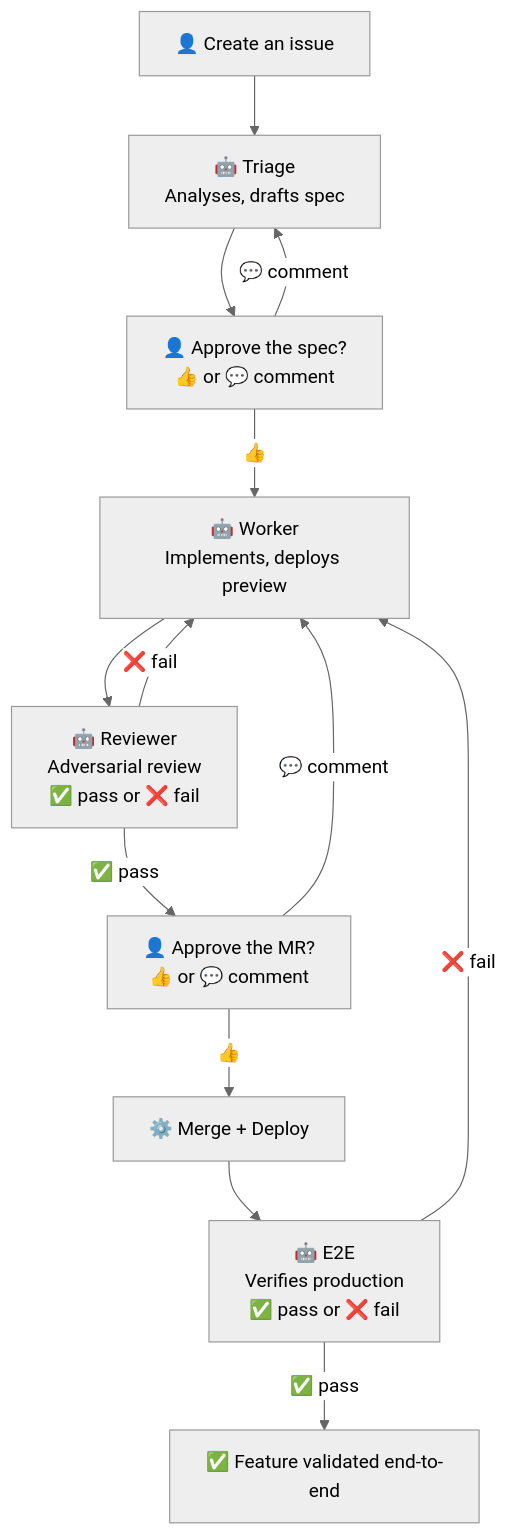
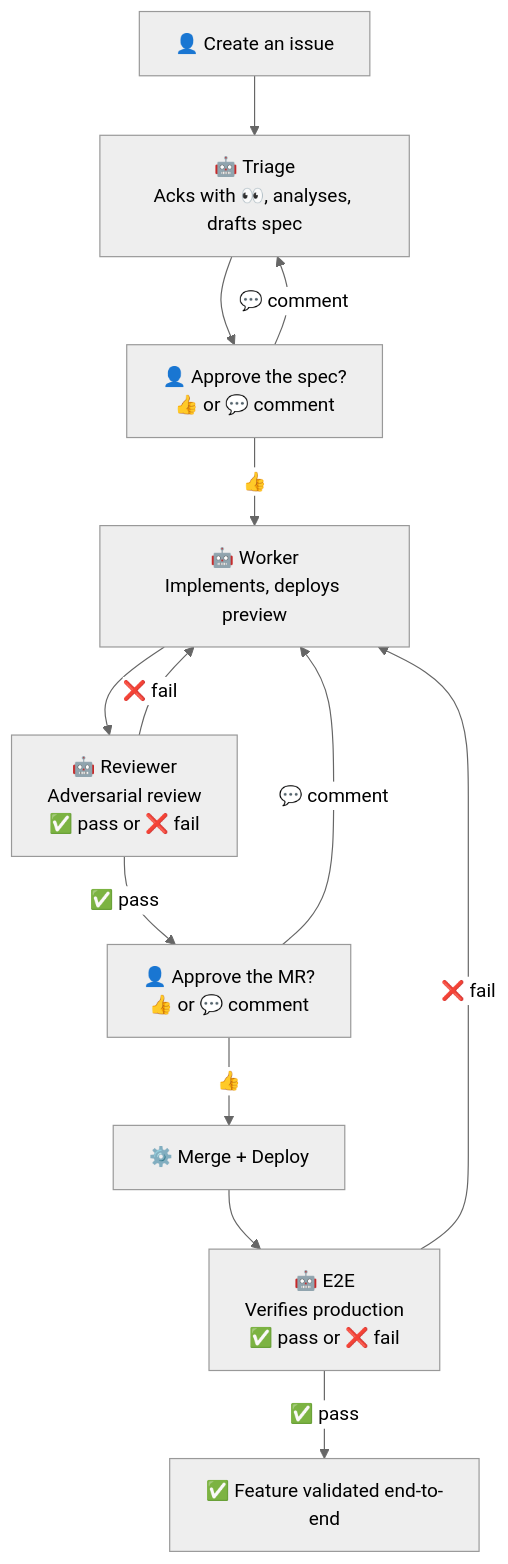
The diagram in README.md (ankaboot-source/boucle), drawn with Mermaid (neutral theme) before and after one commit. The commit also changed 21 other files, not shown here.

````diff
--- a/README.md
+++ b/README.md
@@ -176,15 +176,15 @@
 ```mermaid
 flowchart TD
-    H1["👤 Create an issue"] --> T["🤖 Triage<br/>Analyses, drafts spec"]
+    H1["👤 Create an issue"] --> T["🤖 Triage<br/>Acks with 👀, analyses, drafts spec"]
     T --> H2["👤 Approve the spec?<br/>👍 or 💬 comment"]
     H2 -->|👍| W["🤖 Worker<br/>Implements, deploys preview"]
     H2 -->|💬 comment| T
     W --> R["🤖 Reviewer<br/>Adversarial review<br/>✅ pass or ❌ fail"]
     R -->|✅ pass| H3["👤 Approve the MR?<br/>👍 or 💬 comment"]
     R -->|❌ fail| W
     H3 -->|👍| M["⚙️ Merge + Deploy"]
     H3 -->|💬 comment| W
     M --> E["🤖 E2E<br/>Verifies production<br/>✅ pass or ❌ fail"]
     E -->|✅ pass| D["✅ Feature validated end-to-end"]
     E -->|❌ fail| W
 ```
````
